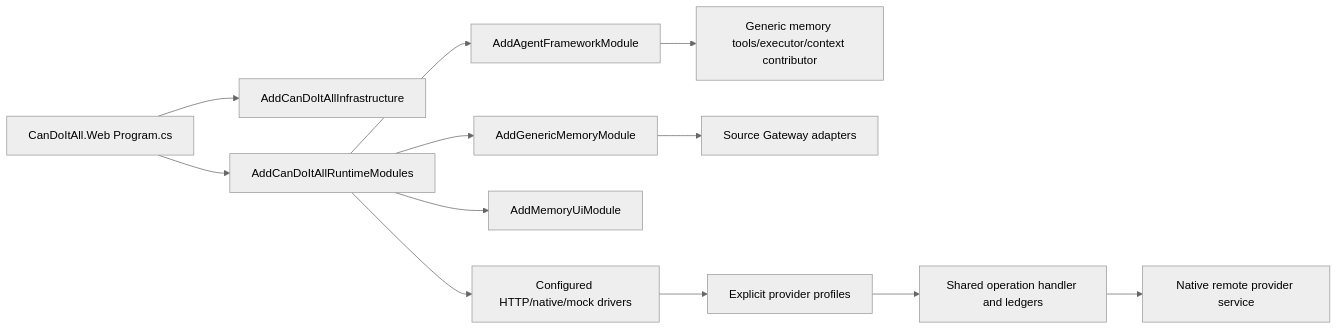
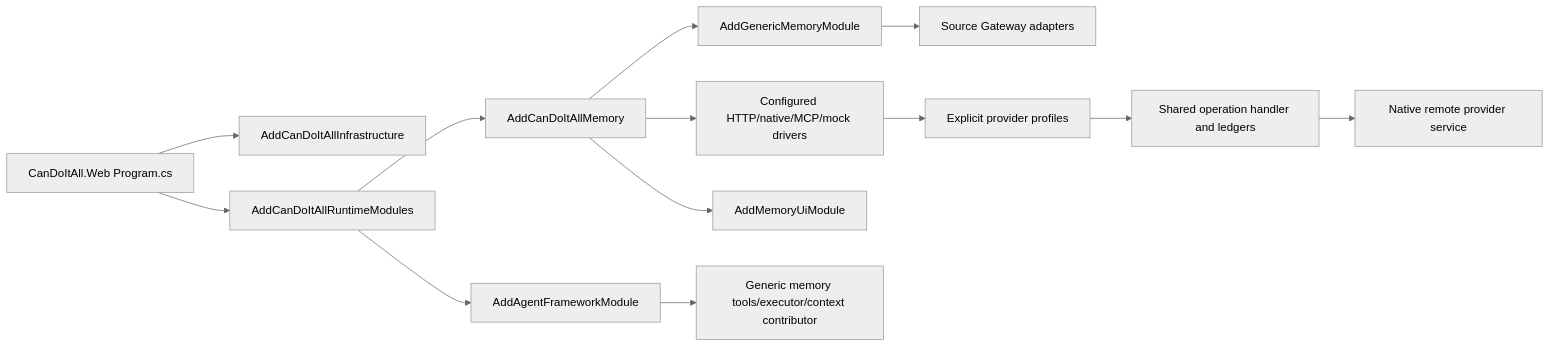
Before and after one commit to fyziktom/CanDoItAll: the diagram in docs/cognitive-memory/current-state/implementation-map.md, drawn with Mermaid (neutral theme). The commit also changed other lines of this file and 393 other files, not shown here.

````diff
--- a/docs/cognitive-memory/current-state/implementation-map.md
+++ b/docs/cognitive-memory/current-state/implementation-map.md
@@ -22,14 +24,15 @@
 ```mermaid
 flowchart LR
     Program["CanDoItAll.Web Program.cs"] --> Infrastructure["AddCanDoItAllInfrastructure"]
     Program --> Composition["AddCanDoItAllRuntimeModules"]
-    Composition --> GenericMemory["AddGenericMemoryModule"]
-    Composition --> ProviderDrivers["Configured HTTP/native/mock drivers"]
-    Composition --> MemoryUi["AddMemoryUiModule"]
+    Composition --> MemoryComposition["AddCanDoItAllMemory"]
+    MemoryComposition --> GenericMemory["AddGenericMemoryModule"]
+    MemoryComposition --> ProviderDrivers["Configured HTTP/native/MCP/mock drivers"]
+    MemoryComposition --> MemoryUi["AddMemoryUiModule"]
     Composition --> MAF["AddAgentFrameworkModule"]
     MAF --> MemoryTools["Generic memory tools/executor/context contributor"]
     GenericMemory --> SourceGateway["Source Gateway adapters"]
     ProviderDrivers --> Profiles["Explicit provider profiles"]
     Profiles --> Runtime["Shared operation handler and ledgers"]
     Runtime --> OptionalNative["Native remote provider service"]
 ```
````
